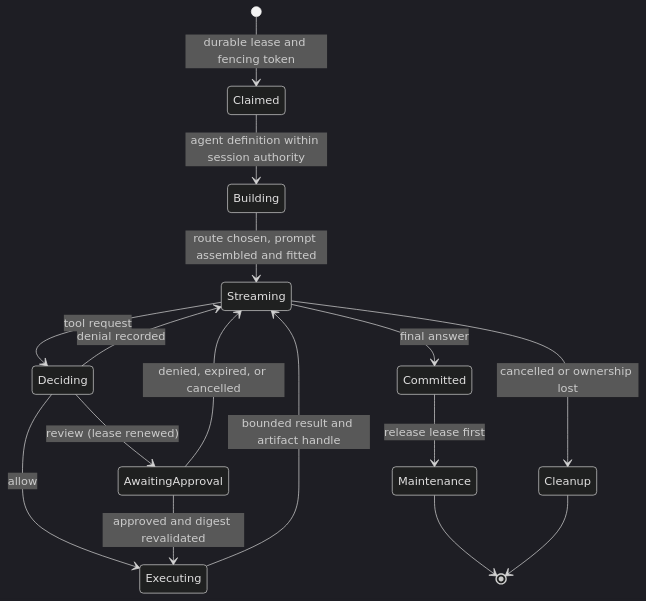
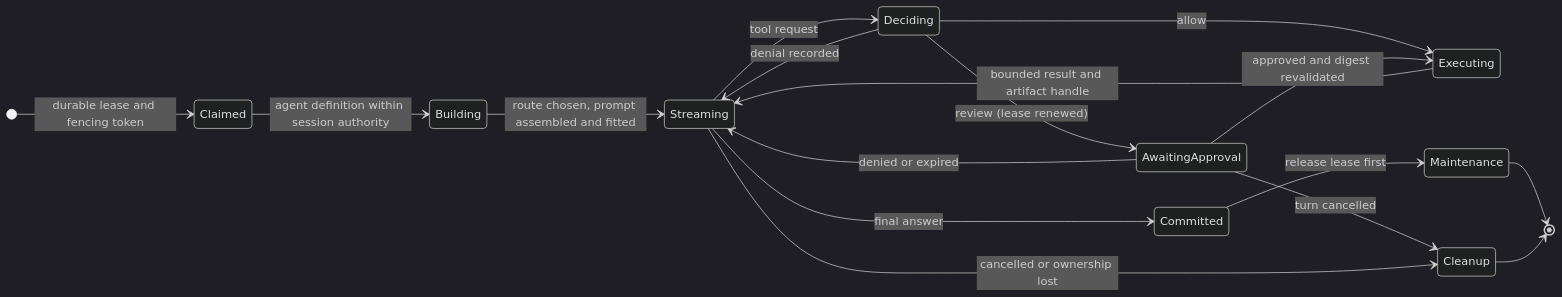
The seventh of 10 diagrams in README.md (kiazh/Machina-Harness), drawn with Mermaid (dark theme) before and after one commit. The commit also changed other lines of this file, not shown here.

Commit message:
Correct diagram relationships and lifecycle branches

````diff
--- a/README.md
+++ b/README.md
@@ -881,18 +884,20 @@
 ```mermaid
 stateDiagram-v2
+    direction LR
     [*] --> Claimed: durable lease and fencing token
     Claimed --> Building: agent definition within session authority
     Building --> Streaming: route chosen, prompt assembled and fitted
     Streaming --> Deciding: tool request
     Deciding --> Executing: allow
     Deciding --> AwaitingApproval: review (lease renewed)
     Deciding --> Streaming: denial recorded
     AwaitingApproval --> Executing: approved and digest revalidated
-    AwaitingApproval --> Streaming: denied, expired, or cancelled
+    AwaitingApproval --> Streaming: denied or expired
+    AwaitingApproval --> Cleanup: turn cancelled
     Executing --> Streaming: bounded result and artifact handle
     Streaming --> Committed: final answer
     Streaming --> Cleanup: cancelled or ownership lost
     Committed --> Maintenance: release lease first
     Maintenance --> [*]
     Cleanup --> [*]
 ```
````
